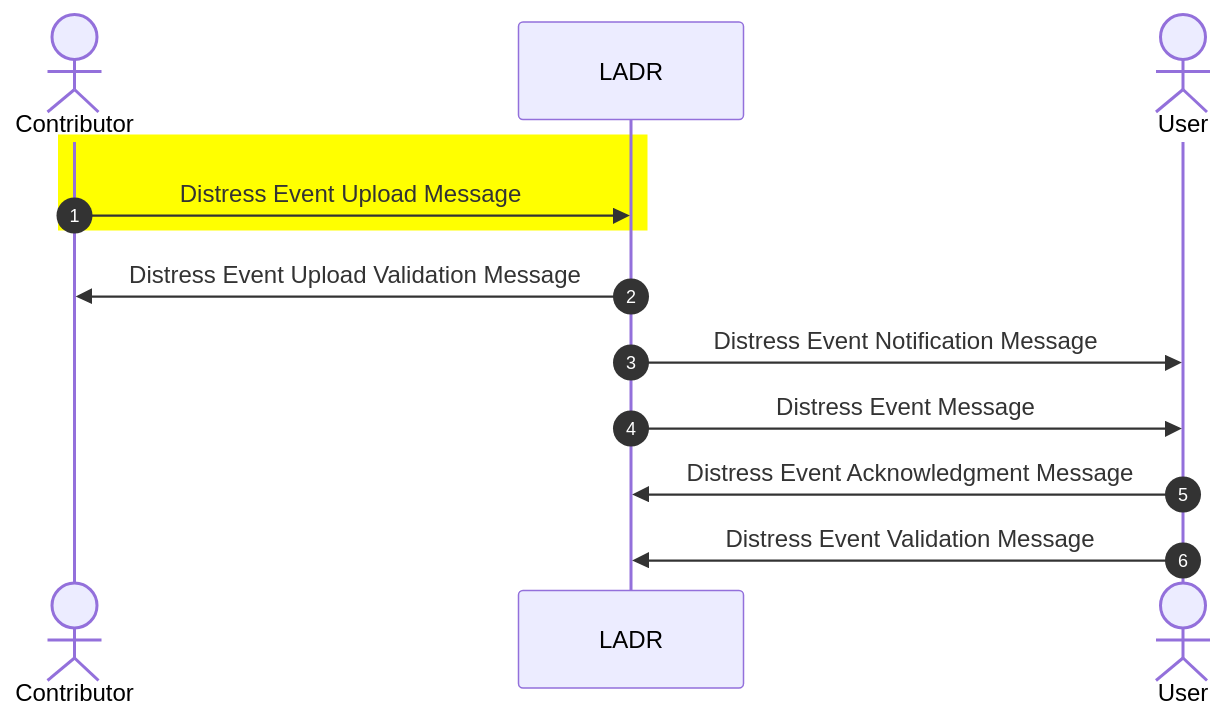
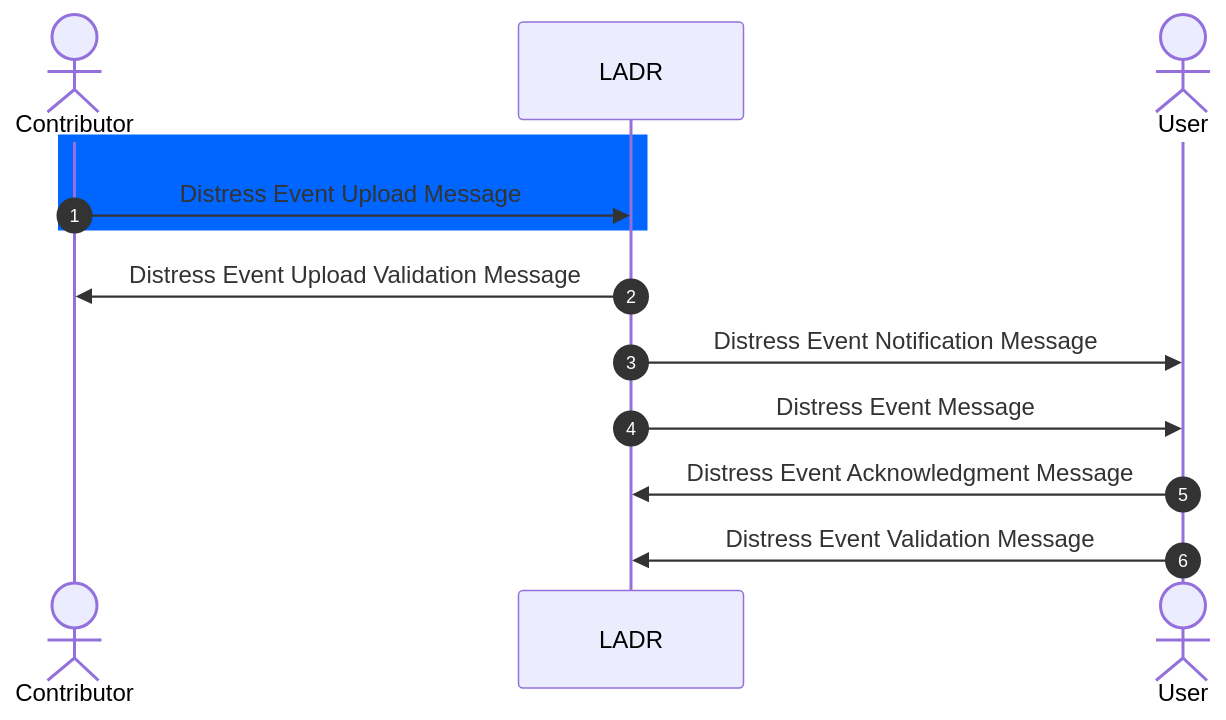
The first of 2 diagrams in schemas/distressEventUploadMessage/readMe.md (eurocontrol-ladr/ladrApplicationMessages), drawn with Mermaid before and after one commit.

````diff
--- a/schemas/distressEventUploadMessage/readMe.md
+++ b/schemas/distressEventUploadMessage/readMe.md
@@ -3,15 +3,15 @@
 ```mermaid
     sequenceDiagram
     autonumber
     actor Contributor
     participant LADR
     actor User
-    rect rgb(255, 255, 0)
+    rect rgb(0, 102, 255)
     Contributor->>LADR: Distress Event Upload Message
     end
     LADR->>Contributor: Distress Event Upload Validation Message
     LADR->> User: Distress Event Notification Message
     LADR->>User: Distress Event Message 
     User->>LADR: Distress Event Acknowledgment Message       
     User->>LADR: Distress Event Validation Message
 ```
````
